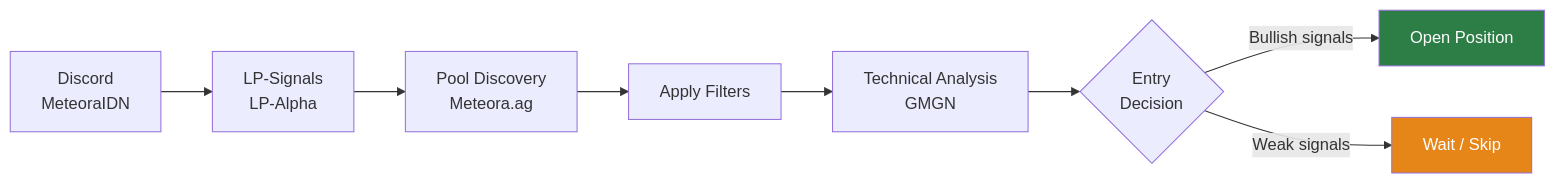
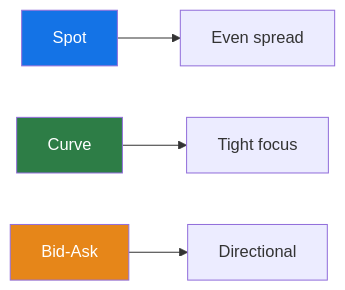
Before and after one commit to dante4rt/meteora-dlmm-recap: the third of 5 diagrams in notes/day-1.md, drawn with Mermaid. The commit also changed other lines of this file and 5 other files, not shown here.

````diff
--- a/notes/day-1.md
+++ b/notes/day-1.md
@@ -83,13 +99,10 @@
 ```mermaid
 flowchart LR
-    A["Discord<br>MeteoraIDN"] --> B["LP-Signals<br>LP-Alpha"]
-    B --> C["Pool Discovery<br>Meteora.ag"]
-    C --> D[Apply Filters]
-    D --> E["Technical Analysis<br>GMGN"]
-    E --> F{"Entry<br>Decision"}
-    F -->|Bullish signals| G[Open Position]
-    F -->|Weak signals| H[Wait / Skip]
-
-    style G fill:#2d7d46,color:#fff
-    style H fill:#e68619,color:#fff
+    A["Spot"] --> A1["Even spread"]
+    B["Curve"] --> B1["Tight focus"]
+    C["Bid-Ask"] --> C1["Directional"]
+    
+    style A fill:#1473e6,color:#fff
+    style B fill:#2d7d46,color:#fff
+    style C fill:#e68619,color:#fff
 ```
````
